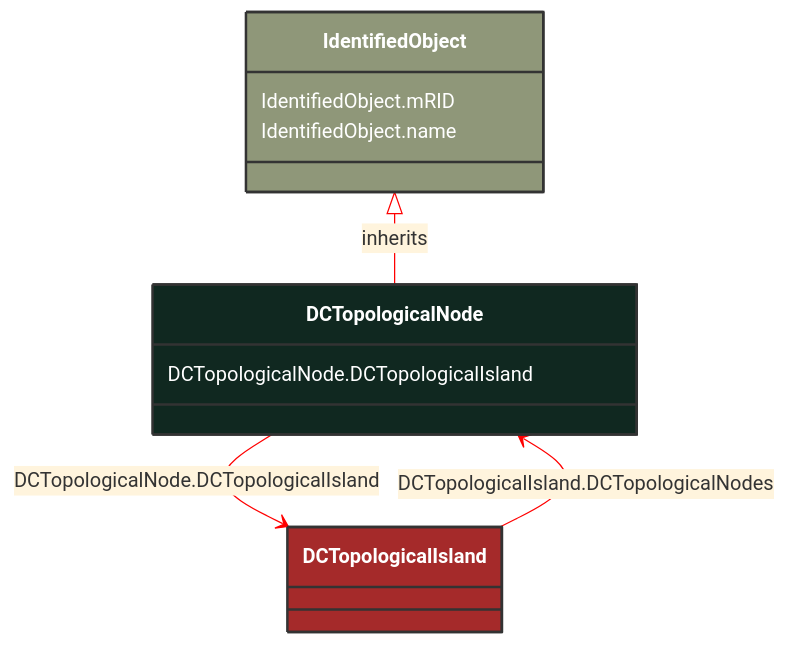
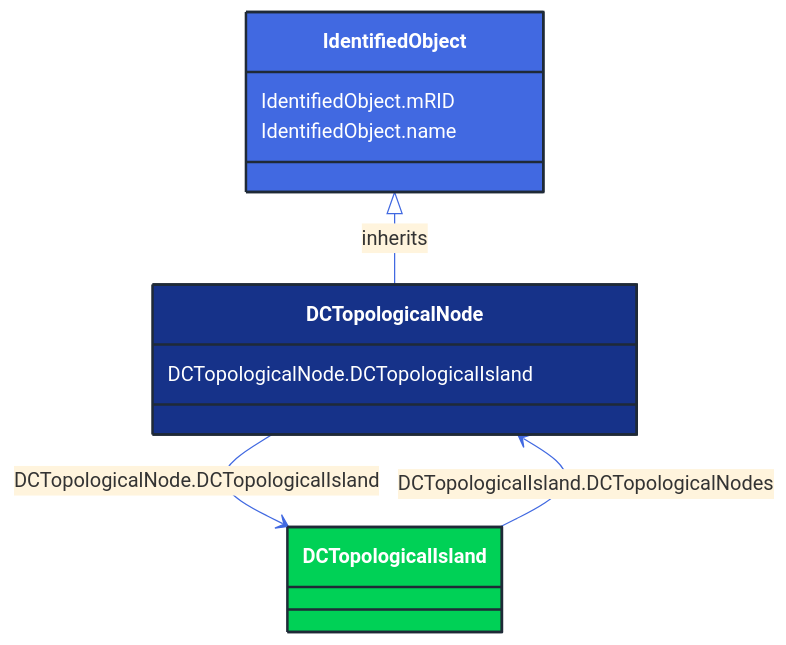
Before and after one commit to 3lbits/NoCIMExtensions: the diagram in docs/Models/Profiles/StateVariables/ConcreteClasses/DCTopologicalNode.md, drawn with Mermaid. The commit also changed 362 other files, not shown here.

First line of the commit message:
Update diagrams and styles for improved visual consistency

````diff
--- a/docs/Models/Profiles/StateVariables/ConcreteClasses/DCTopologicalNode.md
+++ b/docs/Models/Profiles/StateVariables/ConcreteClasses/DCTopologicalNode.md
@@ -8,28 +8,28 @@
 ```mermaid
-%%{init: {'theme':'base','themeVariables': {'lineColor': '#FF0000'}}}%%
+%%{init: {'theme':'base','themeVariables': {'lineColor': '#4169E1'}}}%%
 classDiagram
     class DCTopologicalNode
     click DCTopologicalNode href "/Models/Profiles/StateVariables/ConcreteClasses/DCTopologicalNode/"
-    style DCTopologicalNode fill:#102820,stroke:#333,stroke-width:2px,rx:10,ry:10,color:white
+    style DCTopologicalNode fill:#163289,stroke:#1F2A37,stroke-width:2px,rx:10,ry:10,color:white
      
         IdentifiedObject <|-- DCTopologicalNode : inherits
             click IdentifiedObject href "/Models/Profiles/StateVariables/AbstractClasses/IdentifiedObject/"
-            style IdentifiedObject fill:#8F9779,stroke:#333,stroke-width:2px,rx:10,ry:10,color:white
+            style IdentifiedObject fill:#4169E1,stroke:#1F2A37,stroke-width:2px,rx:10,ry:10,color:white
 
         DCTopologicalNode --> DCTopologicalIsland : DCTopologicalNode.DCTopologicalIsland
 
         DCTopologicalIsland
             click DCTopologicalIsland href "/Models/Profiles/StateVariables/ConcreteClasses/DCTopologicalIsland/"
-            style DCTopologicalIsland fill:#A52A2A,stroke:#333,stroke-width:2px,rx:10,ry:10,color:white
+            style DCTopologicalIsland fill:#00D156,stroke:#1F2A37,stroke-width:2px,rx:10,ry:10,color:white
 
         DCTopologicalIsland --> DCTopologicalNode : DCTopologicalIsland.DCTopologicalNodes
 
         DCTopologicalIsland
             click DCTopologicalIsland href "/Models/Profiles/StateVariables/ConcreteClasses/DCTopologicalIsland/"
-            style DCTopologicalIsland fill:#A52A2A,stroke:#333,stroke-width:2px,rx:10,ry:10,color:white
+            style DCTopologicalIsland fill:#00D156,stroke:#1F2A37,stroke-width:2px,rx:10,ry:10,color:white
 
 
         DCTopologicalNode : DCTopologicalNode.DCTopologicalIsland
         IdentifiedObject : IdentifiedObject.mRID
         IdentifiedObject : IdentifiedObject.name
 ```
````
